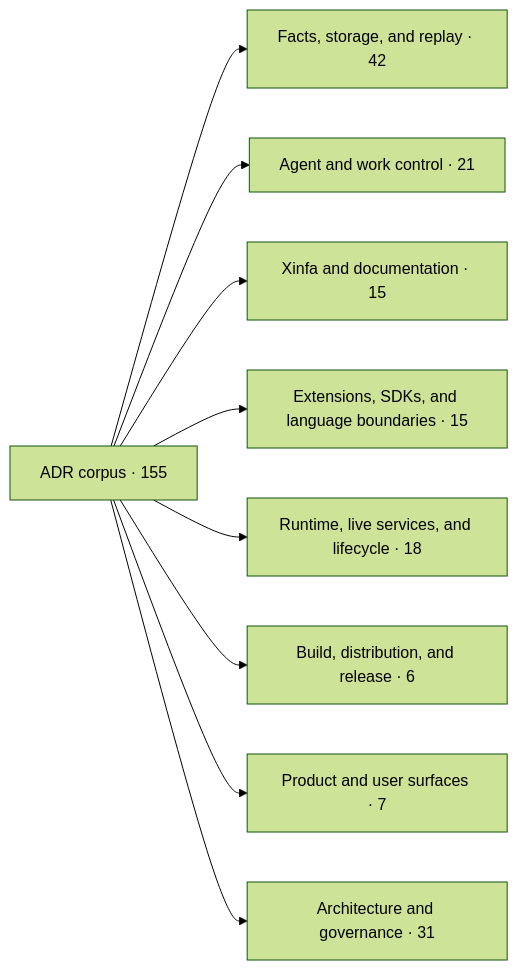
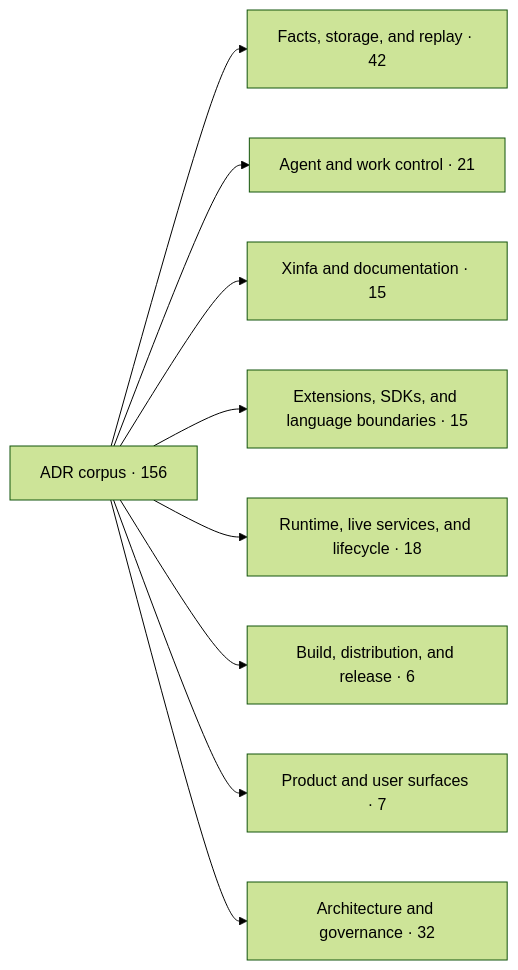
One commit to PterX/kungfu changed the first of 2 diagrams in docs/architecture/adr-map.md. Above: the diagram before and after it, drawn with Mermaid (forest theme). The commit also changed other lines of this file and 11 other files, not shown here.

````diff
--- a/docs/architecture/adr-map.md
+++ b/docs/architecture/adr-map.md
@@ -20,12 +20,12 @@
 ```mermaid
 flowchart LR
-  root["ADR corpus · 155"]
+  root["ADR corpus · 156"]
   root --> d0["Facts, storage, and replay · 42"]
   root --> d1["Agent and work control · 21"]
   root --> d2["Xinfa and documentation · 15"]
   root --> d3["Extensions, SDKs, and language boundaries · 15"]
   root --> d4["Runtime, live services, and lifecycle · 18"]
   root --> d5["Build, distribution, and release · 6"]
   root --> d6["Product and user surfaces · 7"]
-  root --> d7["Architecture and governance · 31"]
+  root --> d7["Architecture and governance · 32"]
 ```
````
